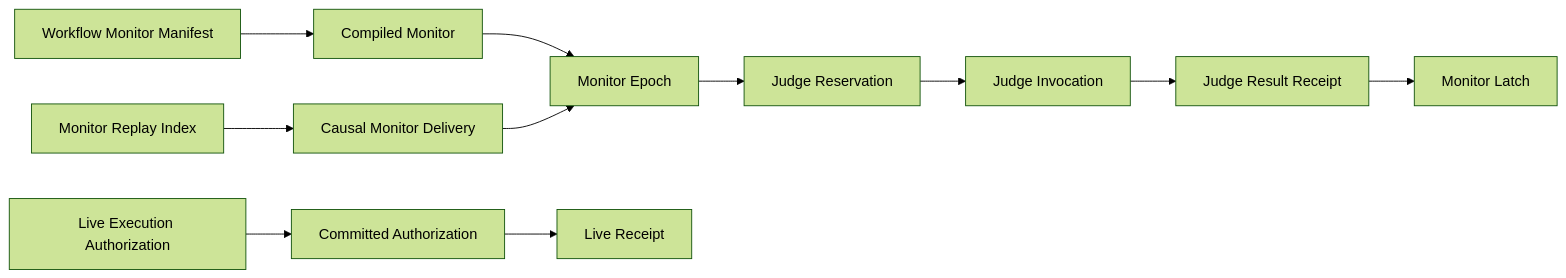
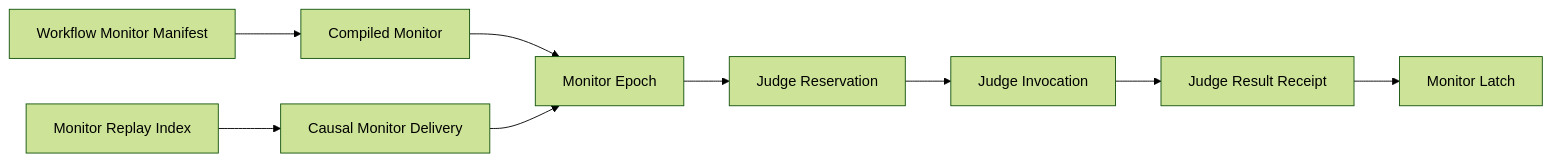
Before and after one commit to amadeus-dlc/amadeus: the first of 2 diagrams in amadeus/spaces/default/intents/260803-intent-autonomy/construction/loop-monitor-runtime/functional-design/domain-entities.md, drawn with Mermaid (forest theme). The commit also changed other lines of this file and 7 other files, not shown here.

Commit message:
refactor(loop-monitor): remove dead live authorization vocabulary

````diff
--- a/amadeus/spaces/default/intents/260803-intent-autonomy/construction/loop-monitor-runtime/functional-design/domain-entities.md
+++ b/amadeus/spaces/default/intents/260803-intent-autonomy/construction/loop-monitor-runtime/functional-design/domain-entities.md
@@ -9,13 +9,11 @@
 ```mermaid
 flowchart LR
   WM["Workflow Monitor Manifest"] --> CM["Compiled Monitor"]
   CM --> ME["Monitor Epoch"]
   CMD["Causal Monitor Delivery"] --> ME
   MRI["Monitor Replay Index"] --> CMD
   ME --> JR["Judge Reservation"]
   JR --> JI["Judge Invocation"]
   JI --> JRR["Judge Result Receipt"]
   JRR --> ML["Monitor Latch"]
-  LA["Live Execution Authorization"] --> CLA["Committed Authorization"]
-  CLA --> LR["Live Receipt"]
 ```
````
